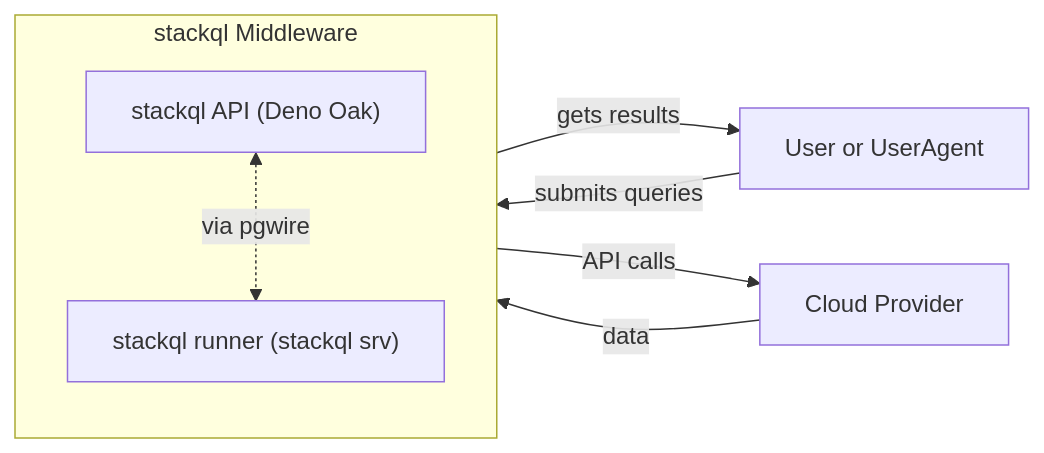
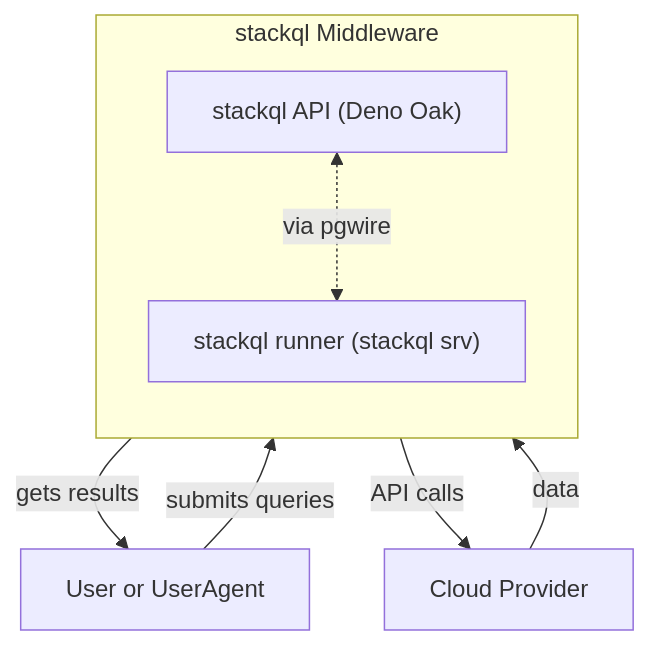
Before and after one commit to stackql/stackql-middleware: the diagram in README.md, drawn with Mermaid.

````diff
--- a/README.md
+++ b/README.md
@@ -44,13 +44,13 @@
 ```mermaid
-graph LR;
+flowchart TB;
    user["User or UserAgent"] -->|submits queries| api["stackql API (Deno Oak)"];
    api --> |gets results| user 
 
    subgraph middleware["stackql Middleware"]
     direction TB
     api <-.-> |via pgwire| runner["stackql runner (stackql srv)"];
    end
    
    runner -->|API calls| cloudprovider["Cloud Provider"];
    cloudprovider --> |data| runner
 ```   
````
